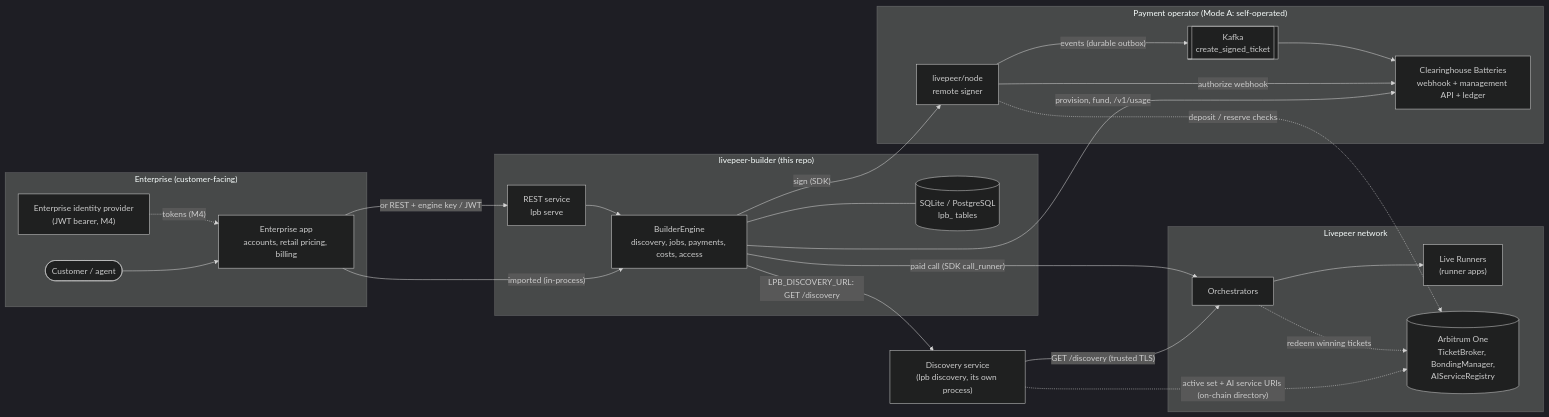
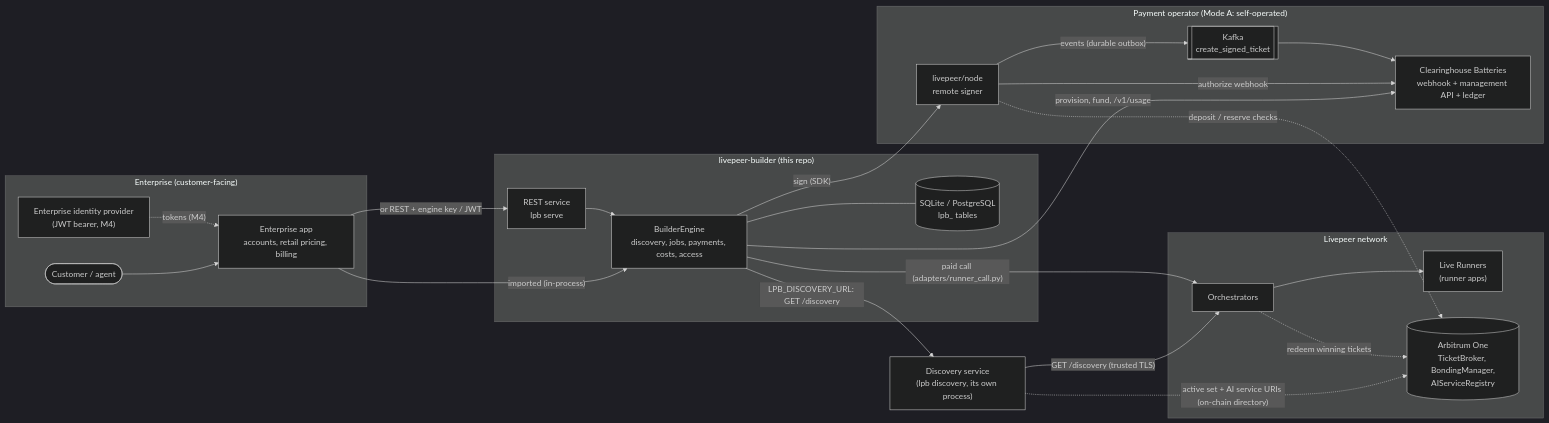
One commit to NE-Build-Track/livepeer-builder-core changed the first of 12 diagrams in docs/design-docs/architecture-diagrams.md. Above: the diagram before and after it, drawn with Mermaid (dark theme). The commit also changed other lines of this file and 22 other files, not shown here.

````diff
--- a/docs/design-docs/architecture-diagrams.md
+++ b/docs/design-docs/architecture-diagrams.md
@@ -16,39 +16,39 @@
 ```mermaid
 flowchart LR
     subgraph Enterprise["Enterprise (customer-facing)"]
         User(["Customer / agent"])
         App["Enterprise app<br/>accounts, retail pricing, billing"]
         IdP["Enterprise identity provider<br/>(JWT bearer, M4)"]
     end
     subgraph Engine["livepeer-builder (this repo)"]
         API["REST service<br/>lpb serve"]
         Core["BuilderEngine<br/>discovery, jobs, payments, costs, access"]
         DB[("SQLite / PostgreSQL<br/>lpb_ tables")]
     end
     subgraph Payments["Payment operator (Mode A: self-operated)"]
         Signer["livepeer/node<br/>remote signer"]
         Bat["Clearinghouse Batteries<br/>webhook + management API + ledger"]
         Kafka[["Kafka<br/>create_signed_ticket"]]
     end
     subgraph Network["Livepeer network"]
         Orch["Orchestrators"]
         Runner["Live Runners<br/>(runner apps)"]
         Chain[("Arbitrum One<br/>TicketBroker, BondingManager,<br/>AIServiceRegistry")]
     end
     DiscSvc["Discovery service<br/>(lpb discovery, its own process)"]
     User --> App
     App -->|"imported (in-process)"| Core
     App -->|"or REST + engine key / JWT"| API --> Core
     IdP -.->|"tokens (M4)"| App
     Core --- DB
     Core -->|"sign (SDK)"| Signer
     Core -->|"LPB_DISCOVERY_URL: GET /discovery"| DiscSvc
     DiscSvc -->|"GET /discovery (trusted TLS)"| Orch
     DiscSvc -.->|"active set + AI service URIs (on-chain directory)"| Chain
     Core -->|"provision, fund, /v1/usage"| Bat
-    Core -->|"paid call (SDK call_runner)"| Orch --> Runner
+    Core -->|"paid call (adapters/runner_call.py)"| Orch --> Runner
     Signer -->|"authorize webhook"| Bat
     Signer -->|"events (durable outbox)"| Kafka --> Bat
     Signer -.->|"deposit / reserve checks"| Chain
     Orch -.->|"redeem winning tickets"| Chain
 ```
````
